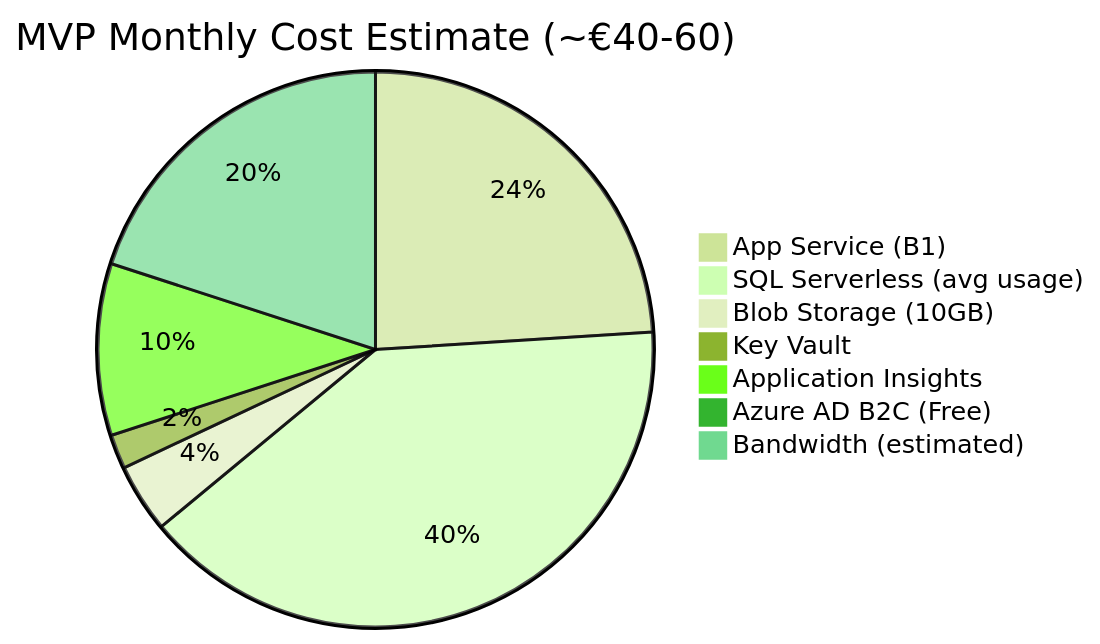
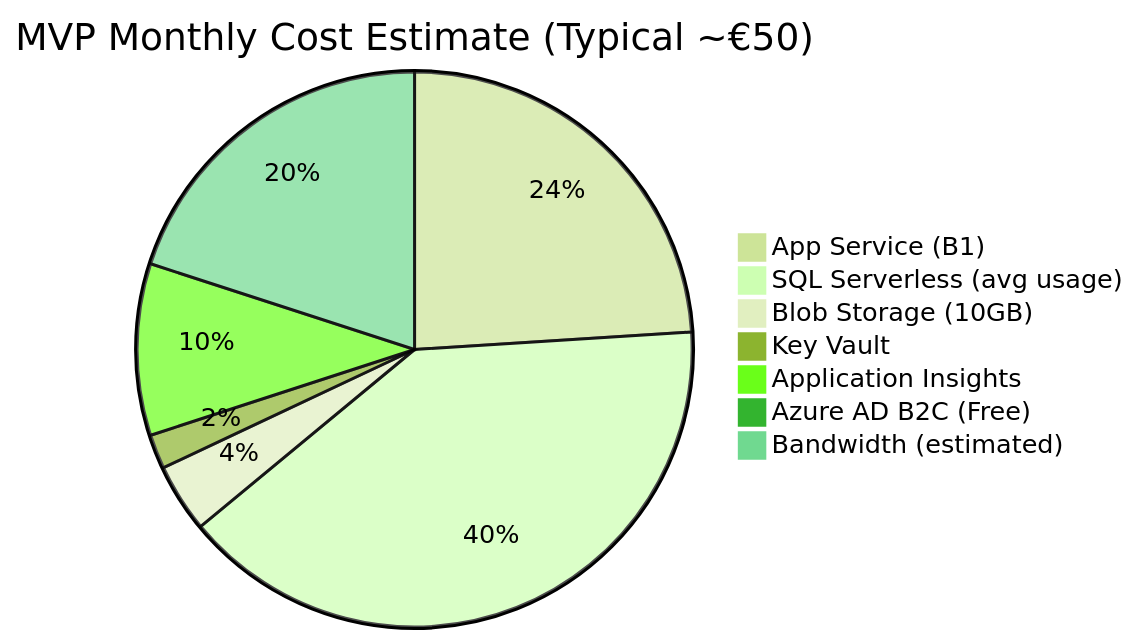
One commit to larfjer/TimeSeriesViewer changed the second of 12 diagrams in docs/04-azure-setup-plan.md. Above: the diagram before and after it, drawn with Mermaid (forest theme). The commit also changed other lines of this file, not shown here.

Commit message:
Final cleanup: align pie chart title and note with cost breakdown ranges

````diff
--- a/docs/04-azure-setup-plan.md
+++ b/docs/04-azure-setup-plan.md
@@ -275,10 +275,10 @@
 ```mermaid
-pie title MVP Monthly Cost Estimate (~€40-60)
+pie title MVP Monthly Cost Estimate (Typical ~€50)
     "App Service (B1)" : 12
     "SQL Serverless (avg usage)" : 20
     "Blob Storage (10GB)" : 2
     "Key Vault" : 1
     "Application Insights" : 5
     "Azure AD B2C (Free)" : 0
     "Bandwidth (estimated)" : 10
 ```
````
